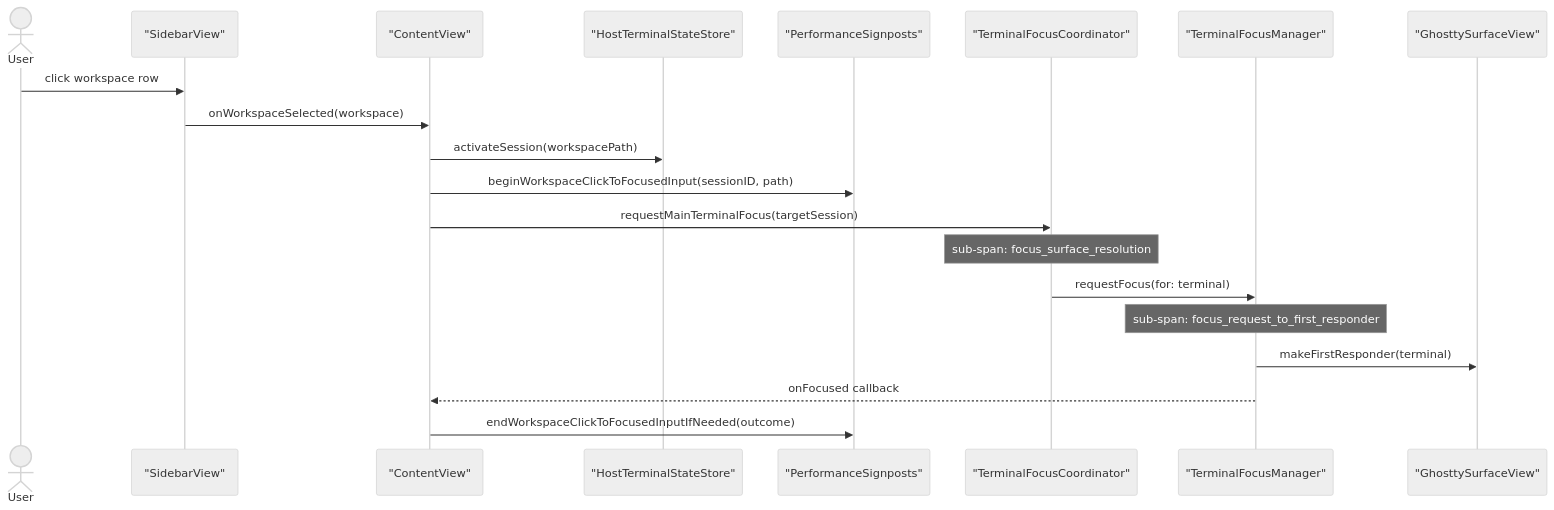
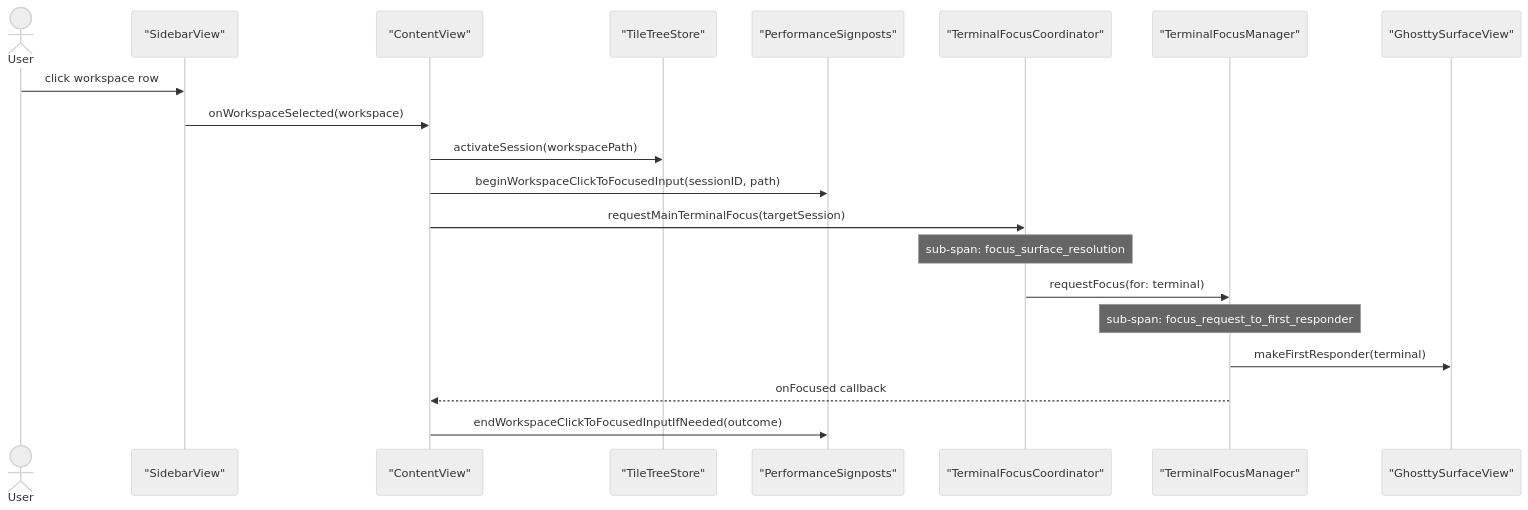
The fourth of 6 diagrams in docs/performance/metrics-reference.md (fairchild/workspaces), drawn with Mermaid (neutral theme) before and after one commit. The commit also changed other lines of this file and 29 other files, not shown here.

First line of the commit message:
refactor: tile-tree P7 — rename HostTerminalStateStore → TileTreeStore

````diff
--- a/docs/performance/metrics-reference.md
+++ b/docs/performance/metrics-reference.md
@@ -153,23 +153,23 @@
 ```mermaid
 sequenceDiagram
     actor User
     participant Sidebar as "SidebarView"
     participant Content as "ContentView"
-    participant Session as "HostTerminalStateStore"
+    participant Session as "TileTreeStore"
     participant Perf as "PerformanceSignposts"
     participant Coord as "TerminalFocusCoordinator"
     participant Focus as "TerminalFocusManager"
     participant Term as "GhosttySurfaceView"
 
     User->>Sidebar: click workspace row
     Sidebar->>Content: onWorkspaceSelected(workspace)
     Content->>Session: activateSession(workspacePath)
     Content->>Perf: beginWorkspaceClickToFocusedInput(sessionID, path)
     Content->>Coord: requestMainTerminalFocus(targetSession)
     Note over Coord: sub-span: focus_surface_resolution
     Coord->>Focus: requestFocus(for: terminal)
     Note over Focus: sub-span: focus_request_to_first_responder
     Focus->>Term: makeFirstResponder(terminal)
     Focus-->>Content: onFocused callback
     Content->>Perf: endWorkspaceClickToFocusedInputIfNeeded(outcome)
 ```
````
